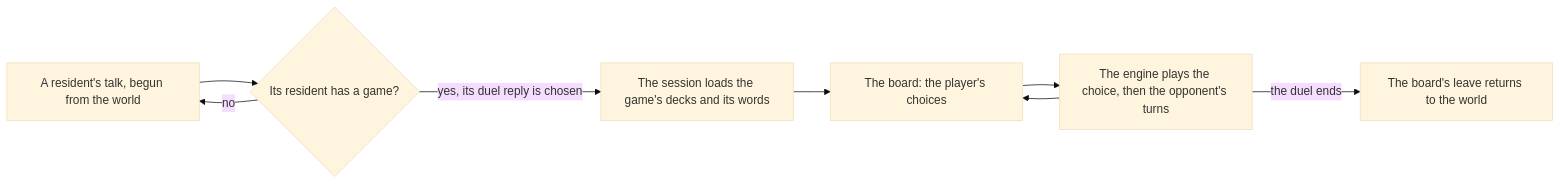
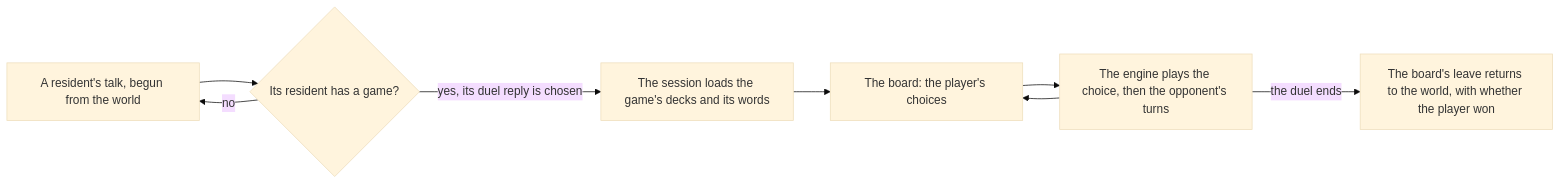
The diagram in openspec/specs/genshin/genius-invokation/duel-board/design.md (Esposter/Esposter), drawn with Mermaid (base theme) before and after one commit. The commit also changed 6 other files, not shown here.

First line of the commit message:
feat(genshin-world): the card game's screen leaves with whether the player won, and a won week game pays at the duel's end

````diff
--- a/openspec/specs/genshin/genius-invokation/duel-board/design.md
+++ b/openspec/specs/genshin/genius-invokation/duel-board/design.md
@@ -12,10 +12,10 @@
 ```mermaid
 flowchart LR
   TALK["A resident's talk, begun from the world"] --> OFFER{"Its resident has a game?"}
   OFFER -->|"no"| TALK
   OFFER -->|"yes, its duel reply is chosen"| SESSION["The session loads the game's decks and its words"]
   SESSION --> BOARD["The board: the player's choices"]
   BOARD --> ENGINE["The engine plays the choice, then the opponent's turns"]
   ENGINE --> BOARD
-  ENGINE -->|"the duel ends"| WORLD["The board's leave returns to the world"]
+  ENGINE -->|"the duel ends"| WORLD["The board's leave returns to the world, with whether the player won"]
 ```
````
